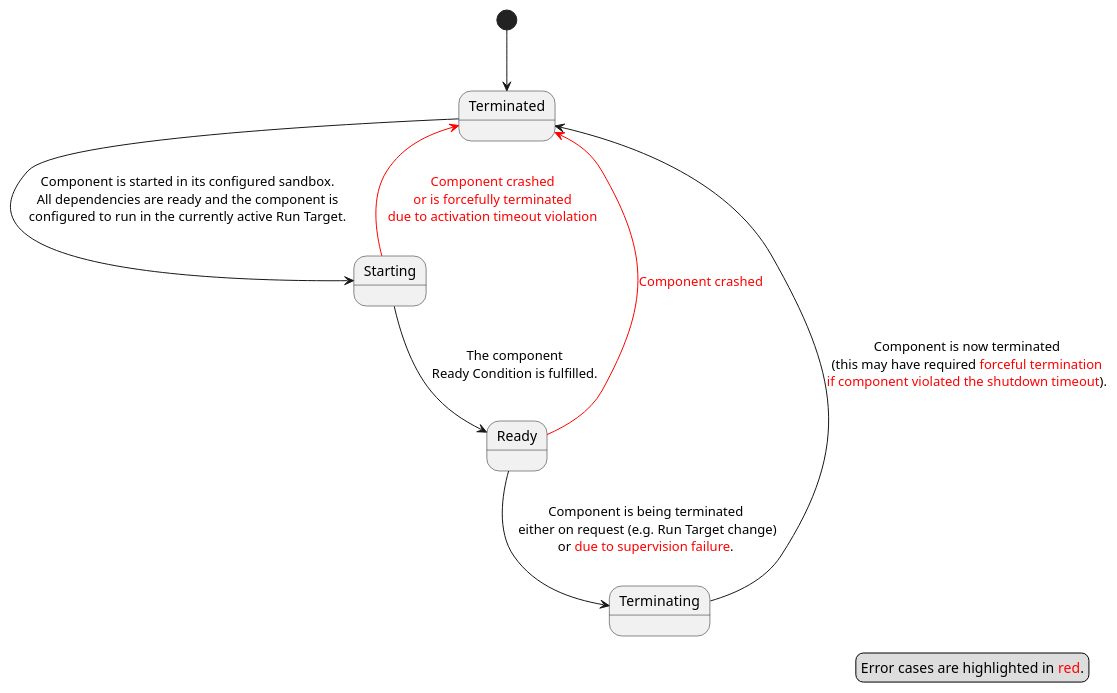
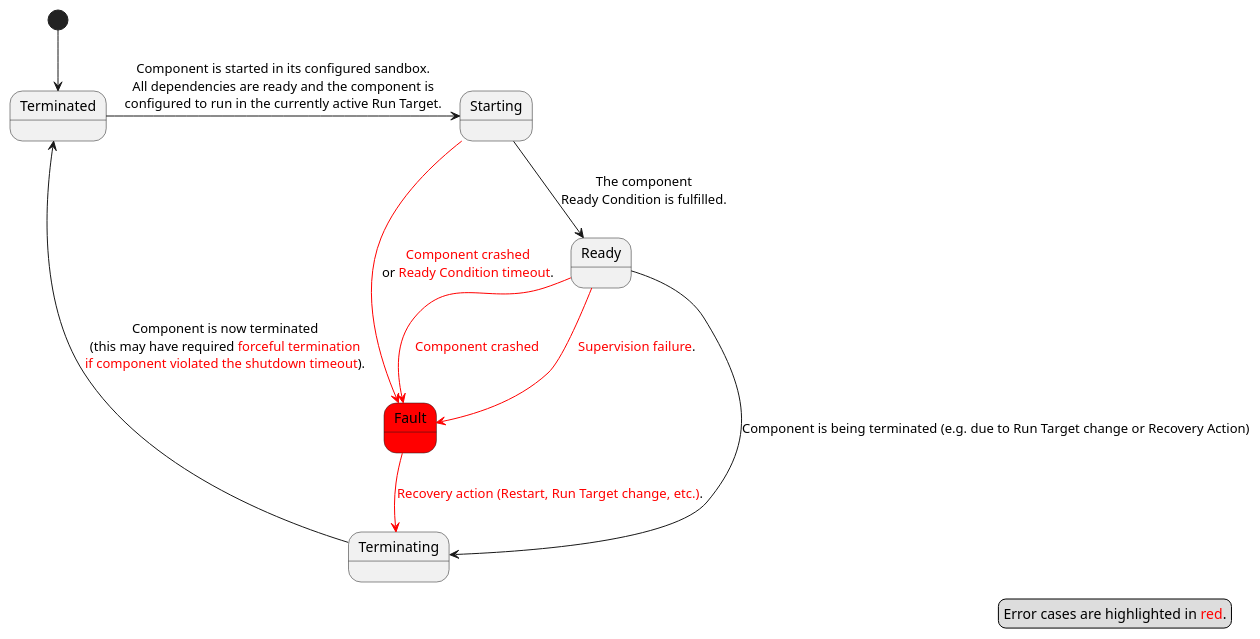
The diagram in docs/features/lifecycle/architecture/_assets/lifecycle_component_state_machine.puml (eclipse-score/lifecycle), drawn with PlantUML before and after one commit.

Commit message:
Component Fault State

```diff
--- a/docs/features/lifecycle/architecture/_assets/lifecycle_component_state_machine.puml
+++ b/docs/features/lifecycle/architecture/_assets/lifecycle_component_state_machine.puml
@@ -14,15 +14,20 @@
 @startuml Component State Machine
 
 [*] -d-> Terminated
 Terminated -> Starting : Component is started in its configured sandbox.\nAll dependencies are ready and the component is\nconfigured to run in the currently active Run Target.
 Starting --> Ready : The component\nReady Condition is fulfilled.
-Ready --> Terminating : Component is being terminated\n either on request (e.g. Run Target change)\nor <color:red>due to supervision failure</color>.
+Ready --> Terminating : Component is being terminated (e.g. due to Run Target change or Recovery Action)
 Terminating --> Terminated : Component is now terminated\n(this may have required <color:red>forceful termination</color>\n<color:red>if component violated the shutdown timeout</color>).
-Starting -[#red]-> Terminated : <color:red>Component crashed</color>\n<color:red>or is forcefully terminated</color>\n<color:red>due to activation timeout violation</color>
-Ready -[#red]-> Terminated : <color:red>Component crashed</color>
+
+state Fault #red
+Ready -[#red]-> Fault : <color:red>Supervision failure</color>.
+Starting -[#red]-> Fault : <color:red>Component crashed</color>\nor <color:red>Ready Condition timeout</color>.
+Ready -[#red]-> Fault : <color:red>Component crashed</color>
+
+Fault -[#red]-> Terminating : <color:red>Recovery action (Restart, Run Target change, etc.)</color>.
 
 legend right
 	Error cases are highlighted in <color:red>red</color>.
 endlegend
 
 @enduml
```
